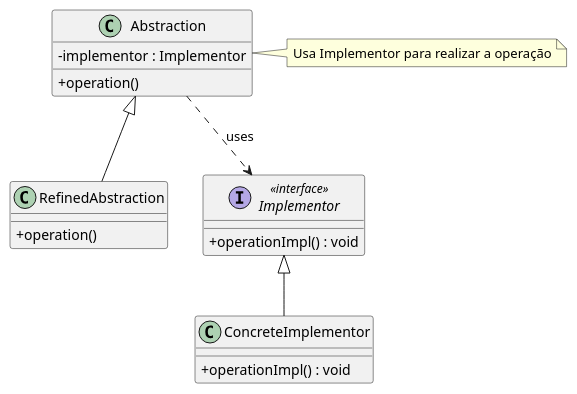
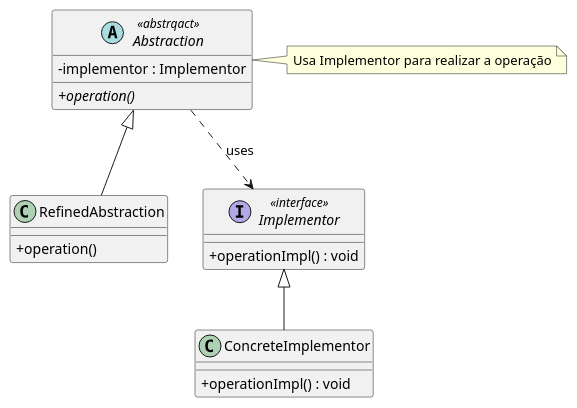
The diagram in diagrams/DesignPatterns/Structural/7 - Bridge.pu (growthcodeoficial/ADC-design-patterns-php), drawn with PlantUML before and after one commit. The commit also changed 31 other files, not shown here.

Commit message:
add examples of diagrams

```diff
--- a/diagrams/DesignPatterns/Structural/7 - Bridge.pu
+++ b/diagrams/DesignPatterns/Structural/7 - Bridge.pu
@@ -1,25 +1,25 @@
 @startuml Bridge
     skinparam classAttributeIconSize 0
     
-    class Abstraction {
-        +operation()
+    abstract class Abstraction <<abstrqact>> {
+        + {abstract} operation()
         -implementor : Implementor
     }
 
     class RefinedAbstraction {
         +operation()
     }
 
     interface Implementor <<interface>> {
         +operationImpl() : void
     }
 
     class ConcreteImplementor {
         +operationImpl() : void
     }
     
     Abstraction <|-- RefinedAbstraction
     Implementor <|-- ConcreteImplementor
     Abstraction ..> Implementor : uses
     note right of Abstraction : Usa Implementor para realizar a operação
 @enduml
```
